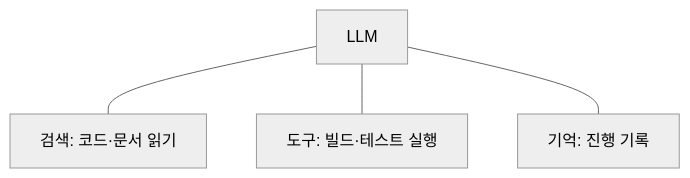
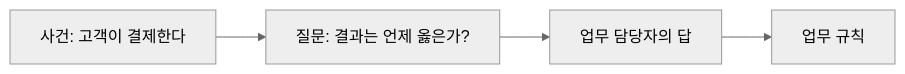
One commit to YoungSan77/TrainingMaterials changed the first of 2 diagrams in courses/ai-native/sessions/s02.md. Above: the diagram before and after it, drawn with Mermaid (neutral theme). The commit also changed other lines of this file and 198 other files, not shown here.

````diff
--- a/courses/ai-native/sessions/s02.md
+++ b/courses/ai-native/sessions/s02.md
@@ -72,6 +73,4 @@
 ```mermaid
-flowchart TB
-    L["LLM"] --- R["검색: 코드·문서 읽기"]
-    L --- T["도구: 빌드·테스트 실행"]
-    L --- M["기억: 진행 기록"]
+flowchart LR
+    E["사건: 고객이 결제한다"] --> Q["질문: 결과는 언제 옳은가?"] --> A["업무 담당자의 답"] --> R["업무 규칙"]
 ```
````
